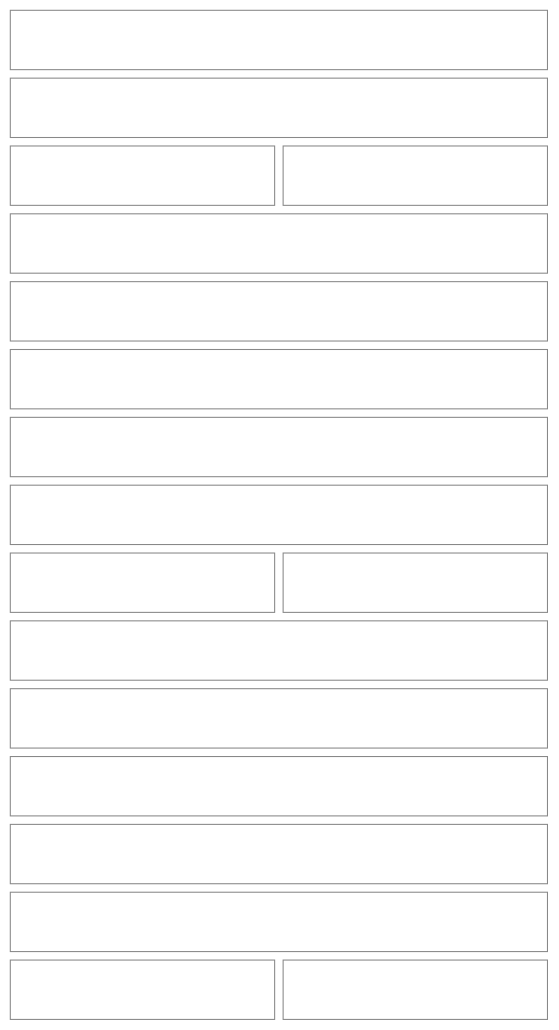
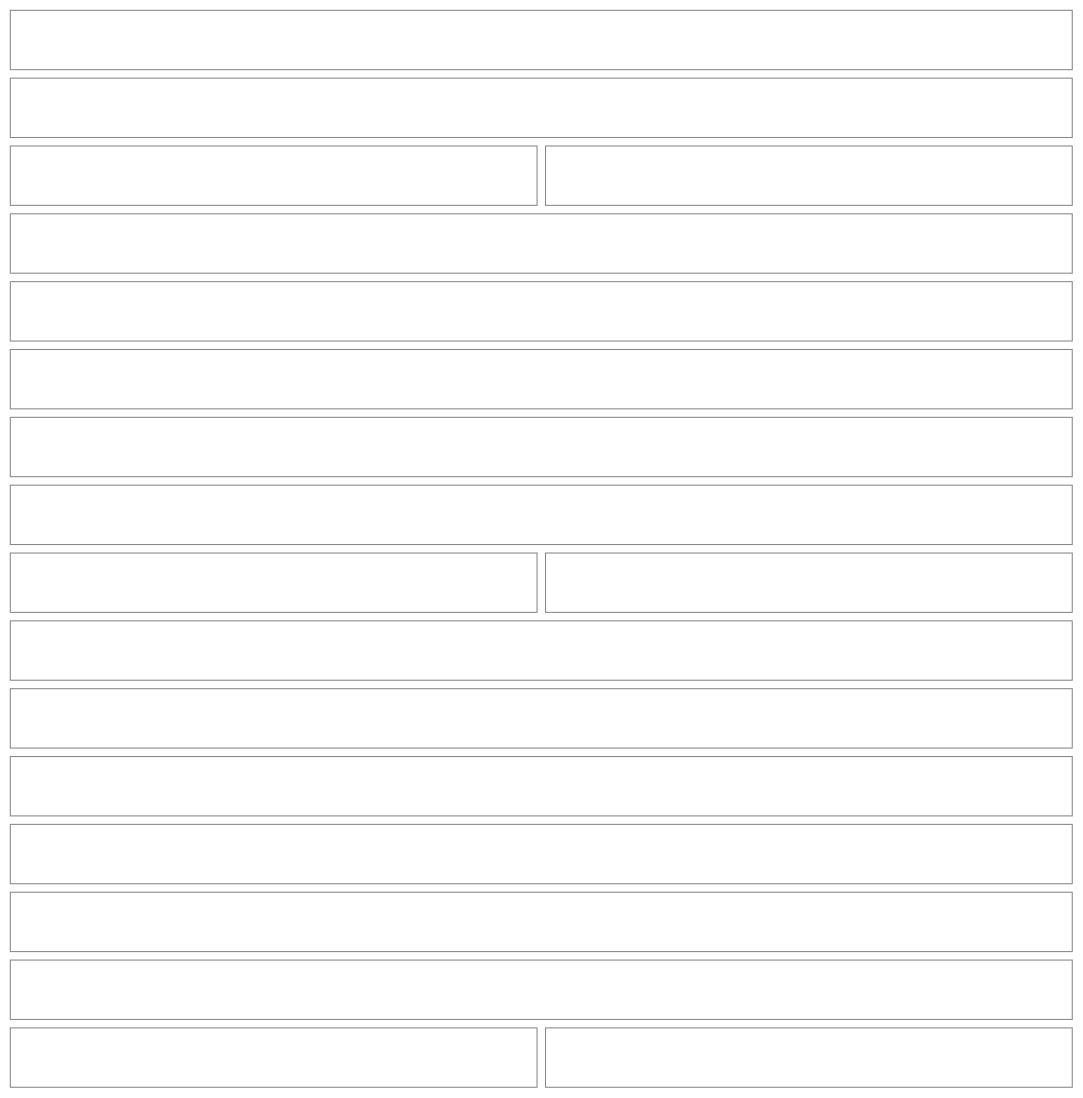
Diagram 19 of 48 in src/apps/pinch/UX.md (NovaMoonX/moondreams-dev-apps), drawn with Mermaid before and after one commit. The commit also changed other lines of this file and 43 other files, not shown here.

````diff
--- a/src/apps/pinch/UX.md
+++ b/src/apps/pinch/UX.md
@@ -601,41 +607,43 @@
 ```mermaid
 %%{init: {'theme': 'base', 'themeVariables': {'primaryColor': 'transparent', 'primaryBorderColor': '#888888', 'primaryTextColor': '#333333', 'lineColor': '#888888'}}}%%
 block-beta
   columns 2
   E1["‹ Adobo chicken"]:2
   E2["Title<br/>Adobo chicken  ›"]:2
   E3["Servings"]:1
   E4["[ − 4 + ]"]:1
   E5["Prep and cook<br/>Prep 10 min · Cook 35 min  ›"]:2
   E6["Photo"]:2
   E7["Description<br/>Sticky, tangy chicken thighs…  ›"]:2
   E19["WHERE IT'S FROM<br/>+ New source · Mom's recipe cards · NYT Cooking · Serious Eats"]:2
   E9["INGREDIENTS 6"]:2
   E10["Chicken thighs"]:1
   E11["2 lb"]:1
   E12["+ Add ingredient"]:2
   E13["STEPS"]:2
   E14["+ Add a step"]:2
   E15["NUTRITION · calculated, per serving   Edit"]:2
   E16["🔥 495 · 💪 61g · 🌾 3g · 🥑 25g"]:2
+  E20["What changed and why? (only for a recipe you've cooked) · Optional. Saving adds a note with today's date and what you changed."]:2
   E17["Cancel"]:1
   E18["Save"]:1
   style E1 fill:transparent,stroke:#888888,stroke-width:1px;
   style E2 fill:transparent,stroke:#888888,stroke-width:1px;
   style E3 fill:transparent,stroke:#888888,stroke-width:1px;
   style E4 fill:transparent,stroke:#888888,stroke-width:1px;
   style E5 fill:transparent,stroke:#888888,stroke-width:1px;
   style E6 fill:transparent,stroke:#888888,stroke-width:1px;
   style E7 fill:transparent,stroke:#888888,stroke-width:1px;
   style E19 fill:transparent,stroke:#888888,stroke-width:1px;
   style E9 fill:transparent,stroke:#888888,stroke-width:1px;
   style E10 fill:transparent,stroke:#888888,stroke-width:1px;
   style E11 fill:transparent,stroke:#888888,stroke-width:1px;
   style E12 fill:transparent,stroke:#888888,stroke-width:1px;
   style E13 fill:transparent,stroke:#888888,stroke-width:1px;
   style E14 fill:transparent,stroke:#888888,stroke-width:1px;
   style E15 fill:transparent,stroke:#888888,stroke-width:1px;
   style E16 fill:transparent,stroke:#888888,stroke-width:1px;
+  style E20 fill:transparent,stroke:#888888,stroke-width:1px;
   style E17 fill:transparent,stroke:#888888,stroke-width:1px;
   style E18 fill:transparent,stroke:#888888,stroke-width:1px;
 ```
````
